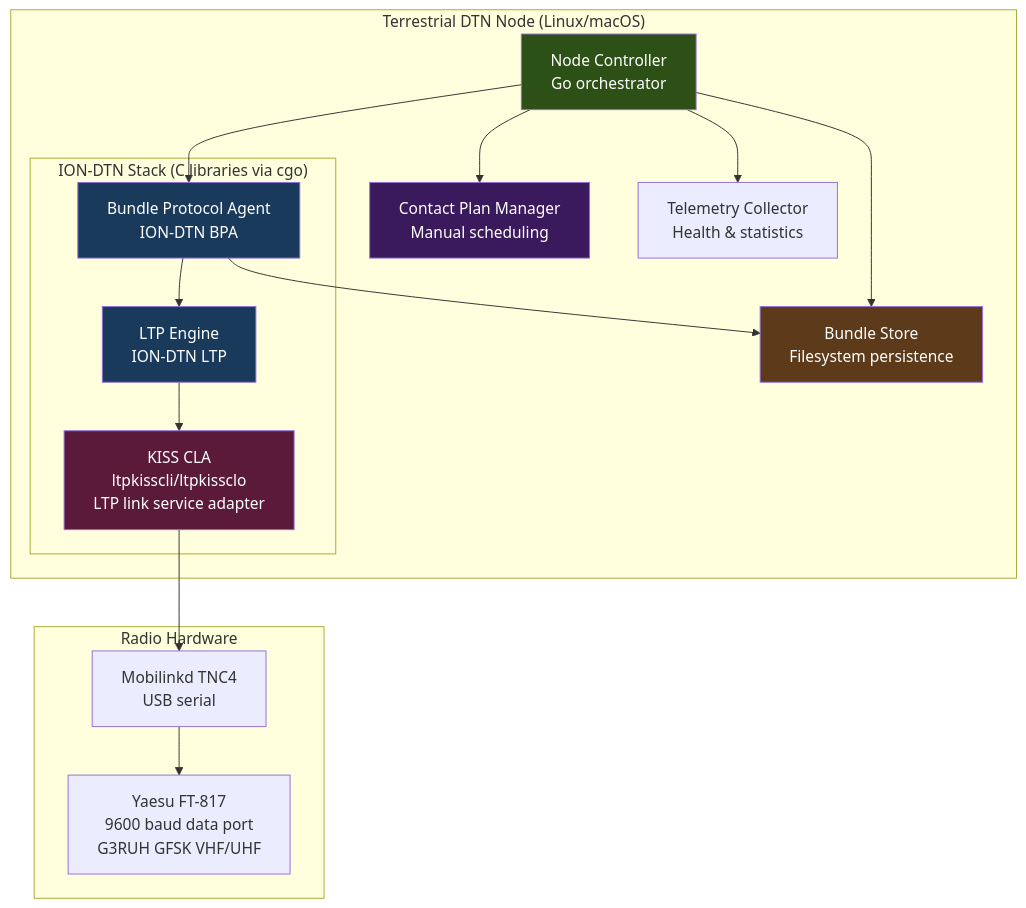
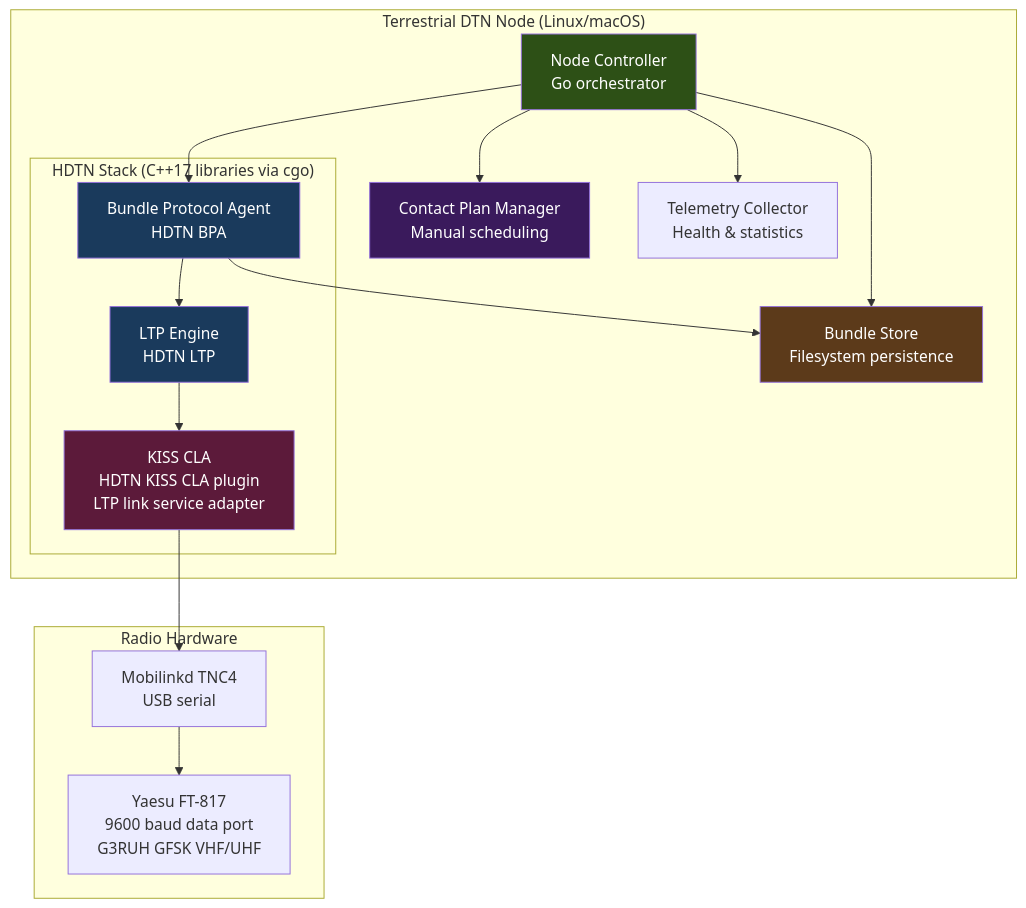
The first of 4 diagrams in docs/terrestrial-dtn-phase1/design.md (g4dpz/cislunar_proposal), drawn with Mermaid before and after one commit. The commit also changed other lines of this file and 18 other files, not shown here.

Commit message:
Migrate from ION-DTN to HDTN across all specs and website

````diff
--- a/docs/terrestrial-dtn-phase1/design.md
+++ b/docs/terrestrial-dtn-phase1/design.md
@@ -21,37 +21,37 @@
 ```mermaid
 graph TD
     subgraph "Terrestrial DTN Node (Linux/macOS)"
         NC[Node Controller<br/>Go orchestrator]
         BS[Bundle Store<br/>Filesystem persistence]
         CPM[Contact Plan Manager<br/>Manual scheduling]
         TEL[Telemetry Collector<br/>Health & statistics]
 
-        subgraph "ION-DTN Stack (C libraries via cgo)"
-            BPA[Bundle Protocol Agent<br/>ION-DTN BPA]
-            LTP[LTP Engine<br/>ION-DTN LTP]
-            CLA[KISS CLA<br/>ltpkisscli/ltpkissclo<br/>LTP link service adapter]
+        subgraph "HDTN Stack (C++17 libraries via cgo)"
+            BPA[Bundle Protocol Agent<br/>HDTN BPA]
+            LTP[LTP Engine<br/>HDTN LTP]
+            CLA[KISS CLA<br/>HDTN KISS CLA plugin<br/>LTP link service adapter]
         end
     end
 
     subgraph "Radio Hardware"
         TNC[Mobilinkd TNC4<br/>USB serial]
         FT817[Yaesu FT-817<br/>9600 baud data port<br/>G3RUH GFSK VHF/UHF]
     end
 
     NC --> BPA
     NC --> BS
     NC --> CPM
     NC --> TEL
     BPA --> BS
     BPA --> LTP
     LTP --> CLA
     CLA --> TNC
     TNC --> FT817
 
     style NC fill:#2d5016,color:#fff
     style BPA fill:#1a3a5c,color:#fff
     style LTP fill:#1a3a5c,color:#fff
     style BS fill:#5c3a1a,color:#fff
     style CPM fill:#3a1a5c,color:#fff
     style CLA fill:#5c1a3a,color:#fff
 ```
````
